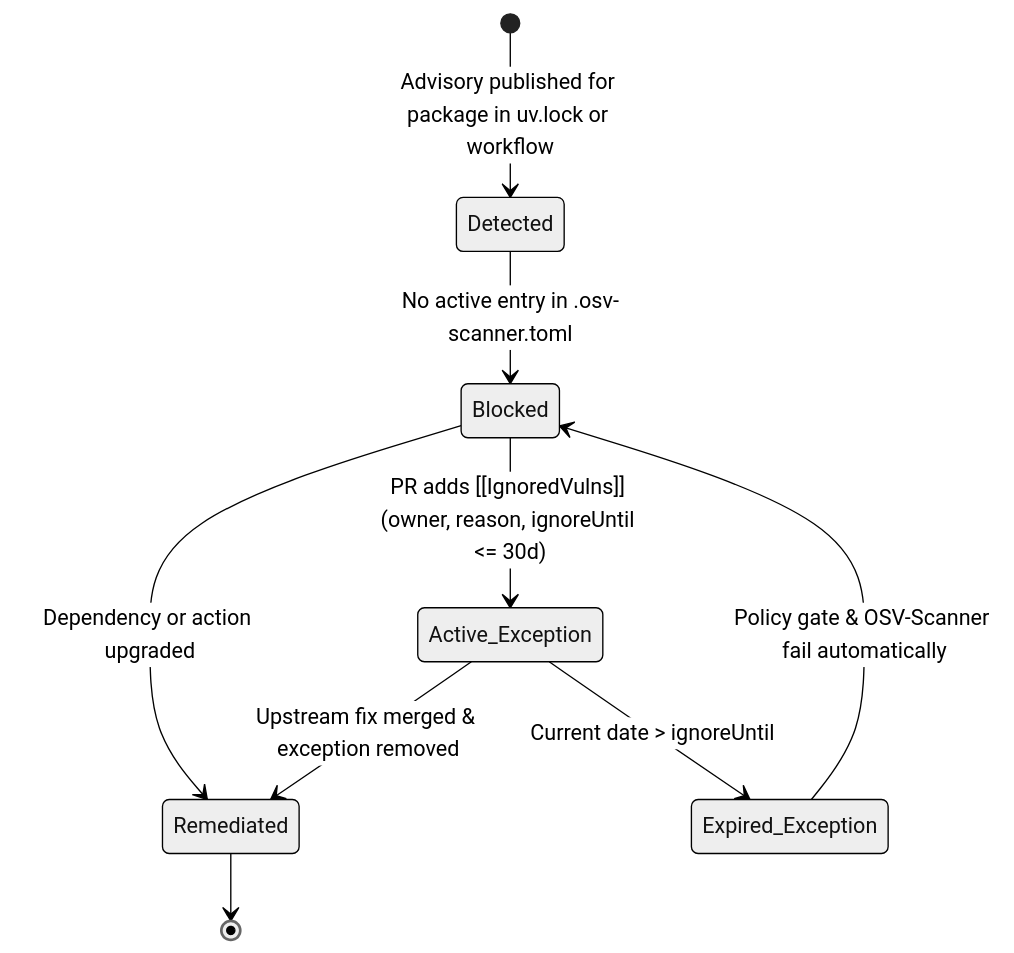
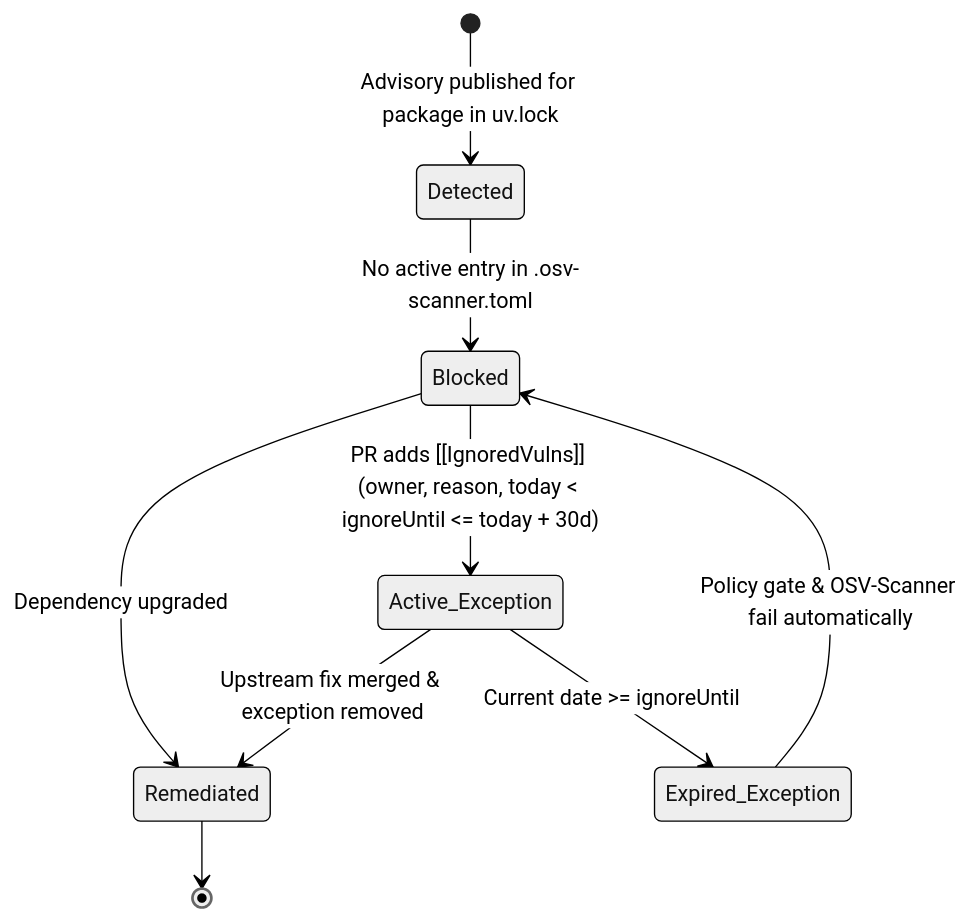
One commit to betagouv/2ddoc-parser changed the second of 2 diagrams in docs/VULNERABILITY_MANAGEMENT_POLICY.md. Above: the diagram before and after it, drawn with Mermaid (neutral theme). The commit also changed other lines of this file and 11 other files, not shown here.

````diff
--- a/docs/VULNERABILITY_MANAGEMENT_POLICY.md
+++ b/docs/VULNERABILITY_MANAGEMENT_POLICY.md
@@ -103,11 +103,11 @@
 ```mermaid
 stateDiagram-v2
-    [*] --> Detected : Advisory published for package in uv.lock or workflow
+    [*] --> Detected : Advisory published for package in uv.lock
     Detected --> Blocked : No active entry in .osv-scanner.toml
-    Blocked --> Remediated : Dependency or action upgraded
-    Blocked --> Active_Exception : PR adds [[IgnoredVulns]] (owner, reason, ignoreUntil <= 30d)
+    Blocked --> Remediated : Dependency upgraded
+    Blocked --> Active_Exception : PR adds [[IgnoredVulns]] (owner, reason, today < ignoreUntil <= today + 30d)
     Active_Exception --> Remediated : Upstream fix merged & exception removed
-    Active_Exception --> Expired_Exception : Current date > ignoreUntil
+    Active_Exception --> Expired_Exception : Current date >= ignoreUntil
     Expired_Exception --> Blocked : Policy gate & OSV-Scanner fail automatically
     Remediated --> [*]
 ```
````
